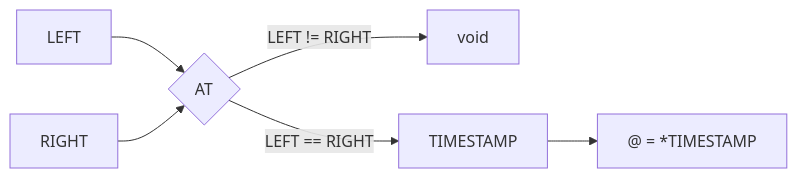
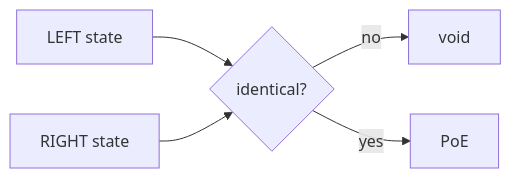
Before and after one commit to flipoyo/ComplexGitSync: the ninth of 37 diagrams in @CGS.md, drawn with Mermaid. The commit also changed other lines of this file, not shown here.

````diff
--- a/@CGS.md
+++ b/@CGS.md
@@ -276,19 +255,14 @@
 ```mermaid
 flowchart LR
-    L["LEFT"]
-    R["RIGHT"]
+    LEFT["LEFT state"]
+    RIGHT["RIGHT state"]
+    EQUALITY{"identical?"}
+    VOID["void"]
+    POE["PoE"]
 
-    AT{"AT"}
+    LEFT --> EQUALITY
+    RIGHT --> EQUALITY
 
-    VOID["void"]
-    TS["TIMESTAMP"]
-    OCC["@ = *TIMESTAMP"]
-
-    L --> AT
-    R --> AT
-
-    AT -->|"LEFT != RIGHT"| VOID
-    AT -->|"LEFT == RIGHT"| TS
-
-    TS --> OCC
+    EQUALITY -->|"no"| VOID
+    EQUALITY -->|"yes"| POE
 ```
````
